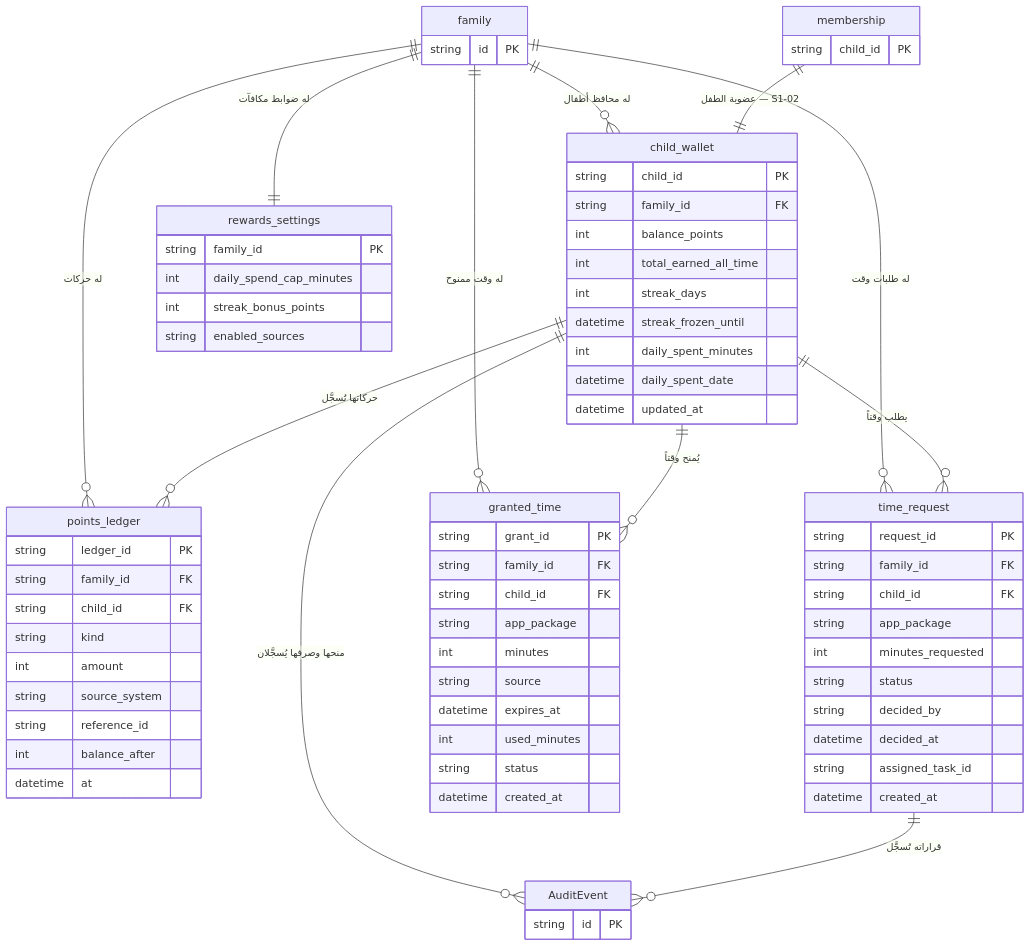
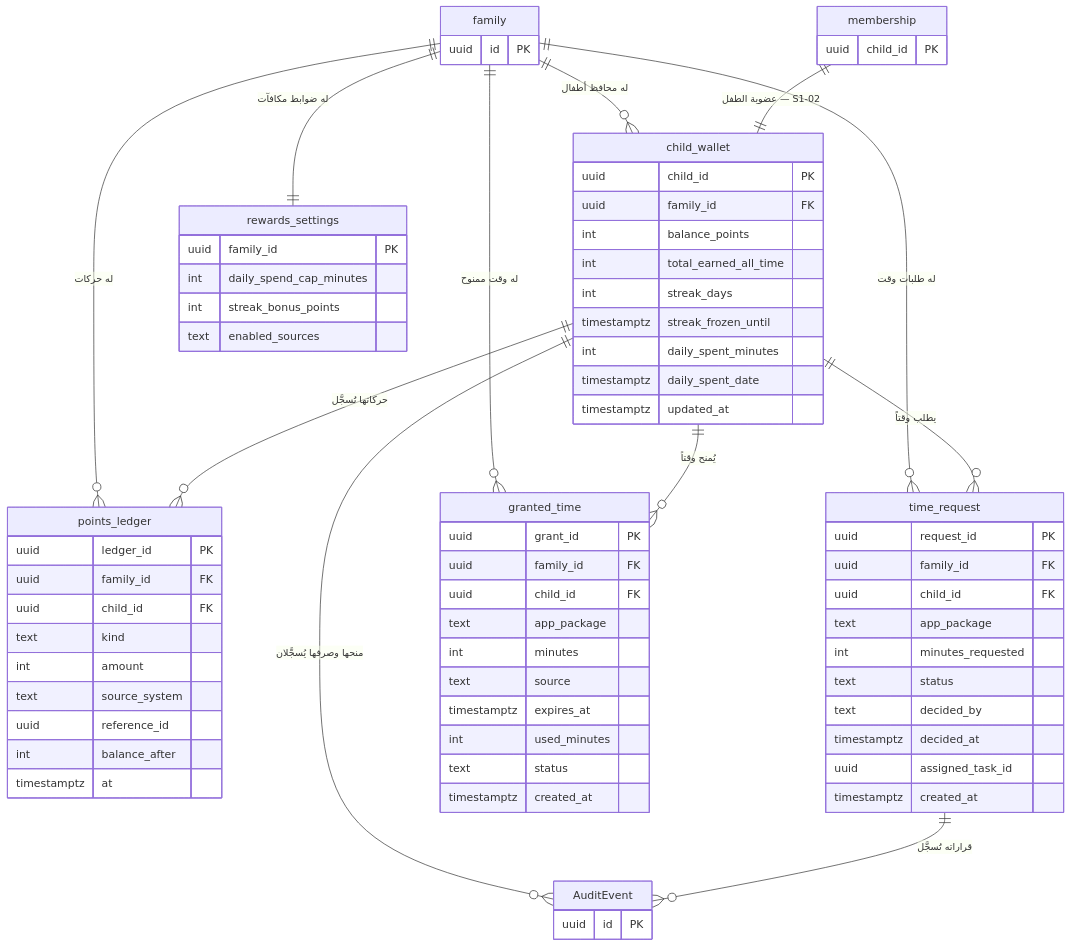
One commit to Bassam-mohammed-alqaeadi/family-os-v2 changed the second of 11 diagrams in docs/family-os/governance/phases/phase-1/S1-05-rewards-children/DIAGRAMS.md. Above: the diagram before and after it, drawn with Mermaid. The commit also changed 11 other files, not shown here.

Commit message:
Q-177: توحيد أنواع ERD (uuid/text/timestamptz) + ownership_transfer في ERD المعمارية

````diff
--- a/docs/family-os/governance/phases/phase-1/S1-05-rewards-children/DIAGRAMS.md
+++ b/docs/family-os/governance/phases/phase-1/S1-05-rewards-children/DIAGRAMS.md
@@ -77,76 +77,76 @@
 ```mermaid
 erDiagram
     family ||--o{ child_wallet : "له محافظ أطفال"
     family ||--|| rewards_settings : "له ضوابط مكافآت"
     family ||--o{ points_ledger : "له حركات"
     family ||--o{ time_request : "له طلبات وقت"
     family ||--o{ granted_time : "له وقت ممنوح"
     membership ||--|| child_wallet : "عضوية الطفل — S1-02"
     child_wallet ||--o{ points_ledger : "حركاتها تُسجَّل"
     child_wallet ||--o{ time_request : "يطلب وقتاً"
     child_wallet ||--o{ granted_time : "يُمنح وقتاً"
     child_wallet ||--o{ AuditEvent : "منحها وصرفها يُسجَّلان"
     time_request ||--o{ AuditEvent : "قراراته تُسجَّل"
 
     child_wallet {
-        string child_id PK
-        string family_id FK
+        uuid child_id PK
+        uuid family_id FK
         int balance_points
         int total_earned_all_time
         int streak_days
-        datetime streak_frozen_until
+        timestamptz streak_frozen_until
         int daily_spent_minutes
-        datetime daily_spent_date
-        datetime updated_at
+        timestamptz daily_spent_date
+        timestamptz updated_at
     }
     points_ledger {
-        string ledger_id PK
-        string family_id FK
-        string child_id FK
-        string kind
+        uuid ledger_id PK
+        uuid family_id FK
+        uuid child_id FK
+        text kind
         int amount
-        string source_system
-        string reference_id
+        text source_system
+        uuid reference_id
         int balance_after
-        datetime at
+        timestamptz at
     }
     time_request {
-        string request_id PK
-        string family_id FK
-        string child_id FK
-        string app_package
+        uuid request_id PK
+        uuid family_id FK
+        uuid child_id FK
+        text app_package
         int minutes_requested
-        string status
-        string decided_by
-        datetime decided_at
-        string assigned_task_id
-        datetime created_at
+        text status
+        text decided_by
+        timestamptz decided_at
+        uuid assigned_task_id
+        timestamptz created_at
     }
     granted_time {
-        string grant_id PK
-        string family_id FK
-        string child_id FK
-        string app_package
+        uuid grant_id PK
+        uuid family_id FK
+        uuid child_id FK
+        text app_package
         int minutes
-        string source
-        datetime expires_at
+        text source
+        timestamptz expires_at
         int used_minutes
-        string status
-        datetime created_at
+        text status
+        timestamptz created_at
     }
     rewards_settings {
-        string family_id PK
+        uuid family_id PK
         int daily_spend_cap_minutes
         int streak_bonus_points
-        string enabled_sources
+        text enabled_sources
     }
     family {
-        string id PK
+        uuid id PK
     }
     membership {
-        string child_id PK
+        uuid child_id PK
     }
     AuditEvent {
-        string id PK
+        uuid id PK
     }
 ```
````
